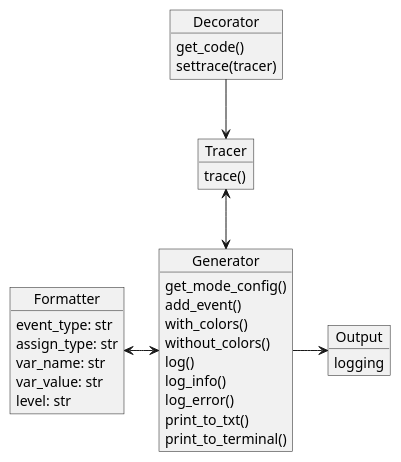
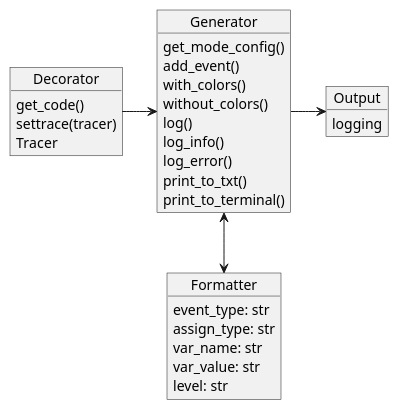
The diagram in umls/settrace_functionality.puml (kushagrasoni/LogLess_Logging), drawn with PlantUML before and after one commit. The commit also changed 15 other files, not shown here.

Commit message:
Refactored the decorator and tracer New way of using decorator is @logless.log()

```diff
--- a/umls/settrace_functionality.puml
+++ b/umls/settrace_functionality.puml
@@ -1,46 +1,43 @@
 @startuml
 'Use of AST - Abstract Syntax Trees for categorizing the code
 
-'caption Figure 3: Generating Abstract Syntax Tree for Assign type AST.
+'caption Figure 3: LogLess Object Model of all the components with respective elements and methods.
 'title AST Generated From Function
 
 object Decorator {
     get_code()
     settrace(tracer)
+    Tracer
 }
 
-object Tracer {
-    trace()
-}
 
 object Formatter {
     event_type: str
     assign_type: str
     var_name: str
     var_value: str
     level: str
 }
 
 object Generator {
     get_mode_config()
     add_event()
     with_colors()
     without_colors()
     log()
     log_info()
     log_error()
     print_to_txt()
     print_to_terminal()
 }
 
 object Output {
     logging
 }
 
 
-Decorator --> Tracer
-Tracer <--> Generator
-Generator <-le-> Formatter
+Decorator -ri-> Generator
+Generator <--> Formatter
 Generator -ri-> Output
 
 @enduml
```
